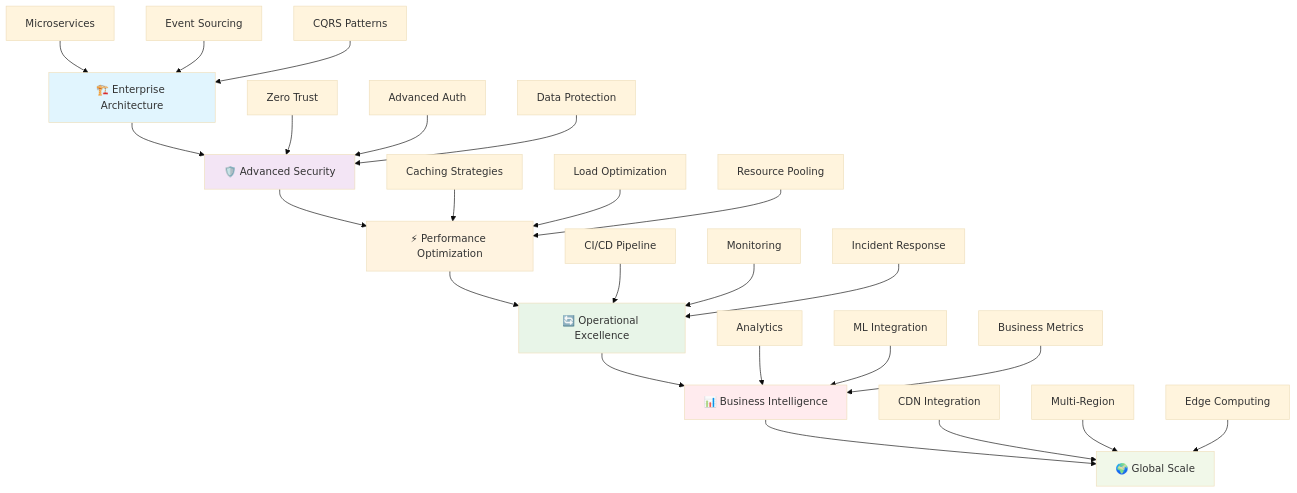
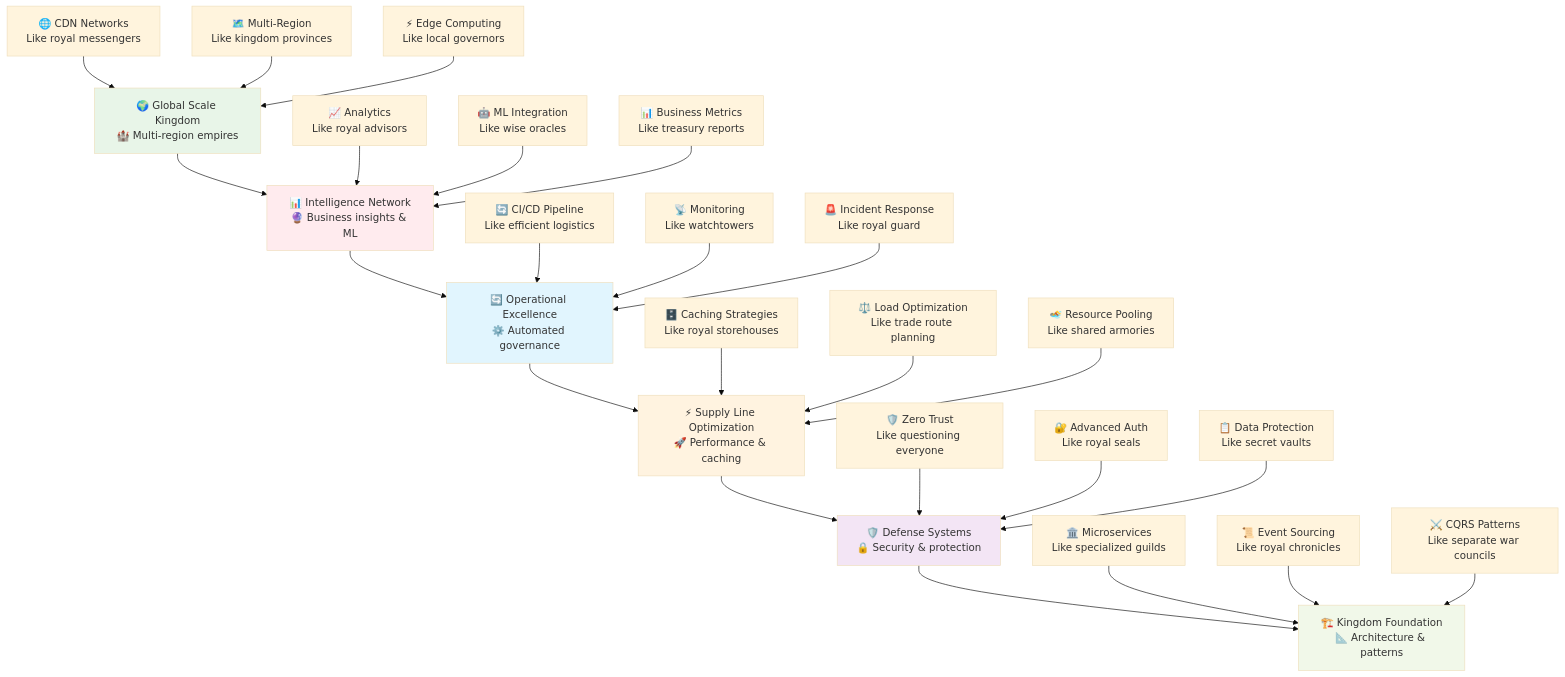
One commit to ridwanspace/restful-fastapi-guideline changed the first of 4 diagrams in app/docs/03_intermediate/08-best-practices/page.mdx. Above: the diagram before and after it, drawn with Mermaid (base theme). The commit also changed other lines of this file, not shown here.

First line of the commit message:
Docs: Revamp best practices guide for enterprise FastAPI

````diff
--- a/app/docs/03_intermediate/08-best-practices/page.mdx
+++ b/app/docs/03_intermediate/08-best-practices/page.mdx
@@ -13,39 +50,46 @@
 ```mermaid
 graph TD
-    A[🏗️ Enterprise Architecture] --> B[🛡️ Advanced Security]
-    B --> C[⚡ Performance Optimization]
-    C --> D[🔄 Operational Excellence]
-    D --> E[📊 Business Intelligence]
-    E --> F[🌍 Global Scale]
+    A[🌍 Global Scale Kingdom<br/>🏰 Multi-region empires]
+    B[📊 Intelligence Network<br/>🔮 Business insights & ML]
+    C[🔄 Operational Excellence<br/>⚙️ Automated governance]
+    D[⚡ Supply Line Optimization<br/>🚀 Performance & caching]
+    E[🛡️ Defense Systems<br/>🔒 Security & protection]
+    F[🏗️ Kingdom Foundation<br/>📐 Architecture & patterns]
     
-    A1[Microservices] --> A
-    A2[Event Sourcing] --> A
-    A3[CQRS Patterns] --> A
+    A --> B
+    B --> C
+    C --> D
+    D --> E
+    E --> F
     
-    B1[Zero Trust] --> B
-    B2[Advanced Auth] --> B
-    B3[Data Protection] --> B
+    A1[🌐 CDN Networks<br/>Like royal messengers] --> A
+    A2[🗺️ Multi-Region<br/>Like kingdom provinces] --> A
+    A3[⚡ Edge Computing<br/>Like local governors] --> A
     
-    C1[Caching Strategies] --> C
-    C2[Load Optimization] --> C
-    C3[Resource Pooling] --> C
+    B1[📈 Analytics<br/>Like royal advisors] --> B
+    B2[🤖 ML Integration<br/>Like wise oracles] --> B
+    B3[📊 Business Metrics<br/>Like treasury reports] --> B
     
-    D1[CI/CD Pipeline] --> D
-    D2[Monitoring] --> D
-    D3[Incident Response] --> D
+    C1[🔄 CI/CD Pipeline<br/>Like efficient logistics] --> C
+    C2[📡 Monitoring<br/>Like watchtowers] --> C
+    C3[🚨 Incident Response<br/>Like royal guard] --> C
     
-    E1[Analytics] --> E
-    E2[ML Integration] --> E
-    E3[Business Metrics] --> E
+    D1[🗄️ Caching Strategies<br/>Like royal storehouses] --> D
+    D2[⚖️ Load Optimization<br/>Like trade route planning] --> D
+    D3[🏊 Resource Pooling<br/>Like shared armories] --> D
     
-    F1[CDN Integration] --> F
-    F2[Multi-Region] --> F
-    F3[Edge Computing] --> F
+    E1[🛡️ Zero Trust<br/>Like questioning everyone] --> E
+    E2[🔐 Advanced Auth<br/>Like royal seals] --> E
+    E3[📋 Data Protection<br/>Like secret vaults] --> E
     
-    style A fill:#e1f5fe
-    style B fill:#f3e5f5
-    style C fill:#fff3e0
-    style D fill:#e8f5e8
-    style E fill:#ffebee
+    F1[🏛️ Microservices<br/>Like specialized guilds] --> F
+    F2[📜 Event Sourcing<br/>Like royal chronicles] --> F
+    F3[⚔️ CQRS Patterns<br/>Like separate war councils] --> F
+    
+    style A fill:#e8f5e8
+    style B fill:#ffebee
+    style C fill:#e1f5fe
+    style D fill:#fff3e0
+    style E fill:#f3e5f5
     style F fill:#f1f8e9
 ```
````
